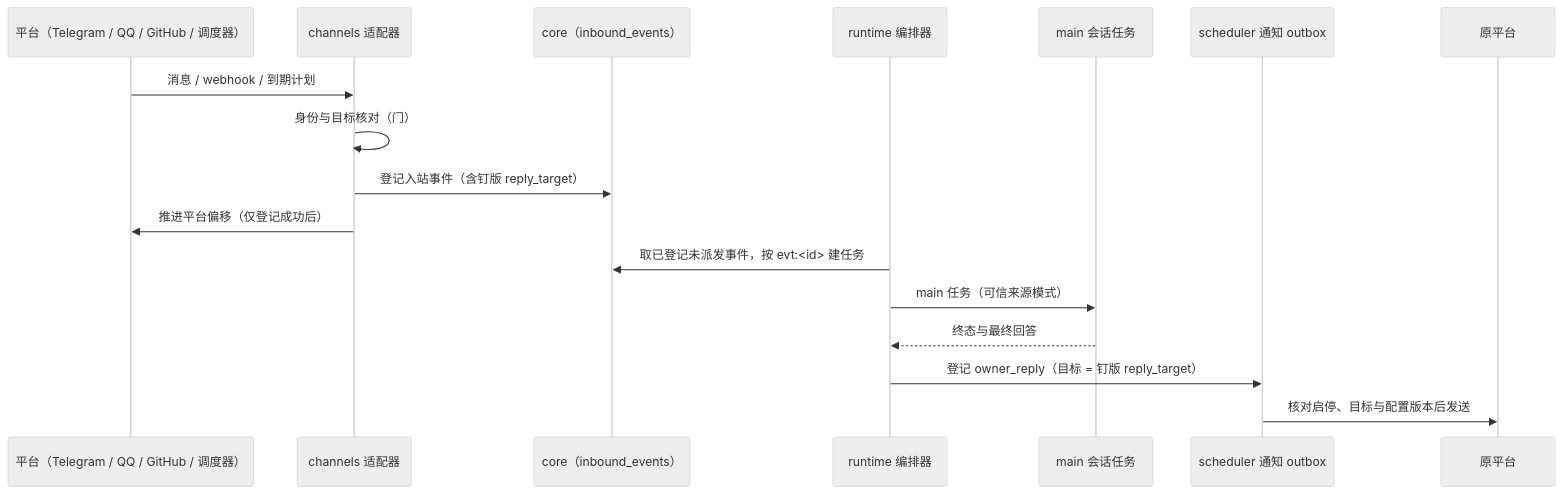
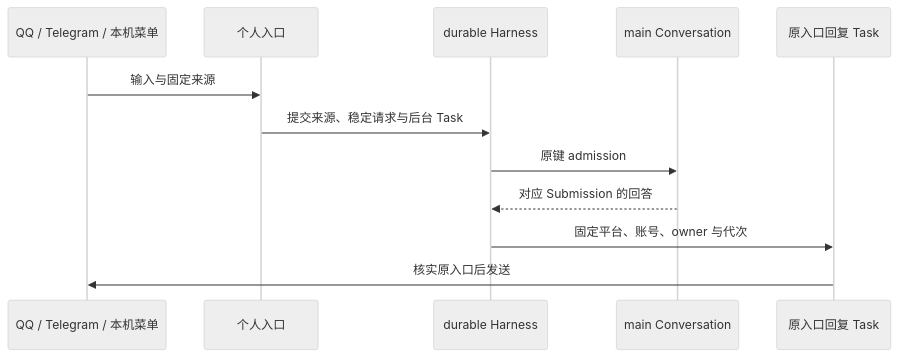
The second of 4 diagrams in docs/architecture.md (num-lab/Ruukoto), drawn with Mermaid (neutral theme) before and after one commit. The commit also changed other lines of this file and 366 other files, not shown here.

````diff
--- a/docs/architecture.md
+++ b/docs/architecture.md
@@ -68,20 +70,14 @@
 ```mermaid
 sequenceDiagram
-  participant P as 平台（Telegram / QQ / GitHub / 调度器）
-  participant Ad as channels 适配器
-  participant St as core（inbound_events）
-  participant O as runtime 编排器
-  participant M as main 会话任务
-  participant Ob as scheduler 通知 outbox
-  participant P2 as 原平台
-
-  P->>Ad: 消息 / webhook / 到期计划
-  Ad->>Ad: 身份与目标核对（门）
-  Ad->>St: 登记入站事件（含钉版 reply_target）
-  Ad->>P: 推进平台偏移（仅登记成功后）
-  O->>St: 取已登记未派发事件，按 evt:<id> 建任务
-  O->>M: main 任务（可信来源模式）
-  M-->>O: 终态与最终回答
-  O->>Ob: 登记 owner_reply（目标 = 钉版 reply_target）
-  Ob->>P2: 核对启停、目标与配置版本后发送
+  participant P as QQ / Telegram / 本机菜单
+  participant A as 个人入口
+  participant H as durable Harness
+  participant M as main Conversation
+  participant R as 原入口回复 Task
+  P->>A: 输入与固定来源
+  A->>H: 提交来源、稳定请求与后台 Task
+  H->>M: 原键 admission
+  M-->>H: 对应 Submission 的回答
+  H->>R: 固定平台、账号、owner 与代次
+  R->>P: 核实原入口后发送
 ```
````
